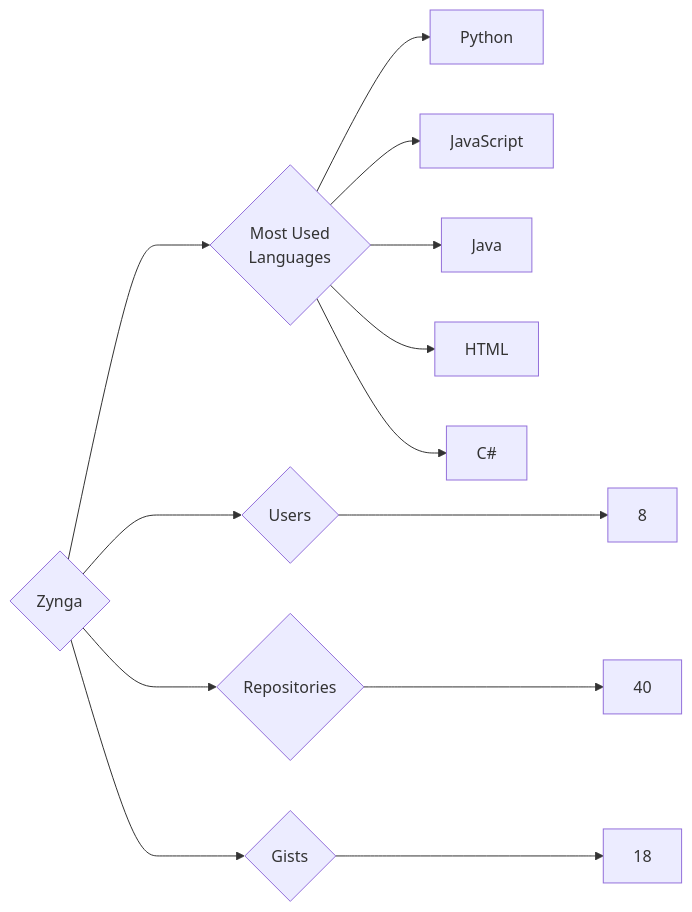
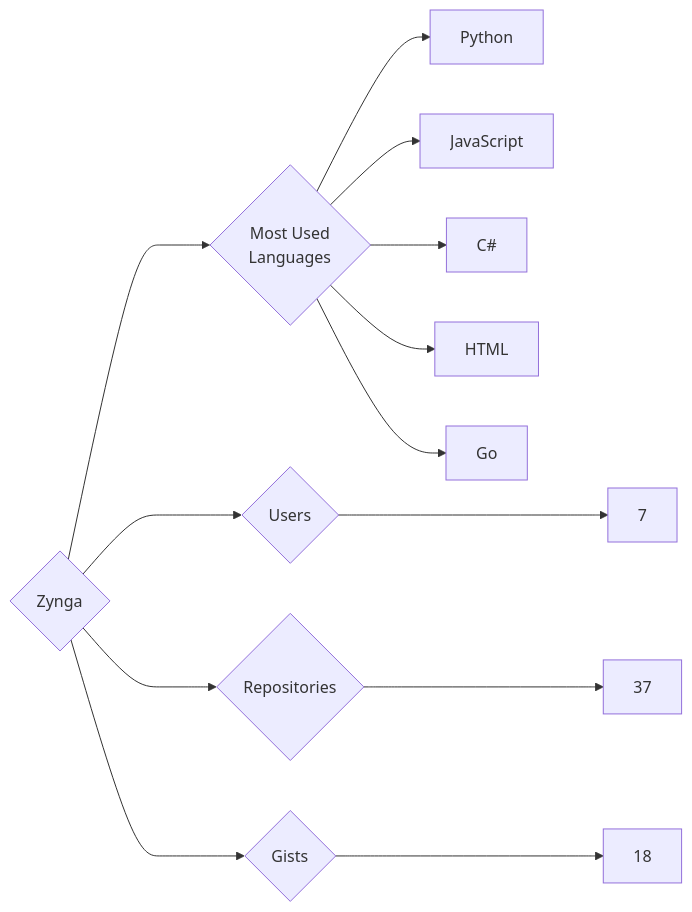
One commit to trickest/insiders changed the diagram in targets/Zynga/README.md. Above: the diagram before and after it, drawn with Mermaid. The commit also changed 1389 other files, not shown here.

````diff
--- a/targets/Zynga/README.md
+++ b/targets/Zynga/README.md
@@ -3,13 +3,13 @@
 ```mermaid
 graph LR
 COMPANY_NAME{Zynga}
-COMPANY_NAME ---> U{Users} ---> UN[8]
-COMPANY_NAME ---> R{Repositories} ---> RN[40]
+COMPANY_NAME ---> U{Users} ---> UN[7]
+COMPANY_NAME ---> R{Repositories} ---> RN[37]
 COMPANY_NAME ---> G{Gists} ---> GN[18]
 COMPANY_NAME ---> ML{Most Used<br>Languages}
 ML --> Python[Python]
 ML --> JavaScript[JavaScript]
-ML --> Java[Java]
+ML --> C#[C#]
 ML --> HTML[HTML]
-ML --> C#[C#]
+ML --> Go[Go]
 ```
````
